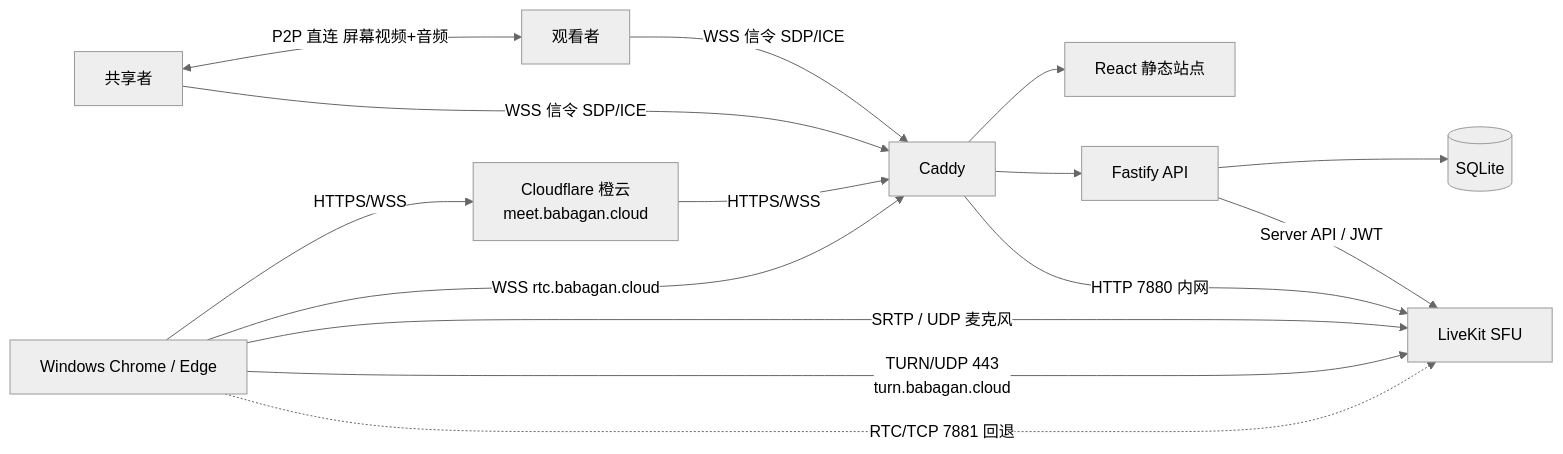
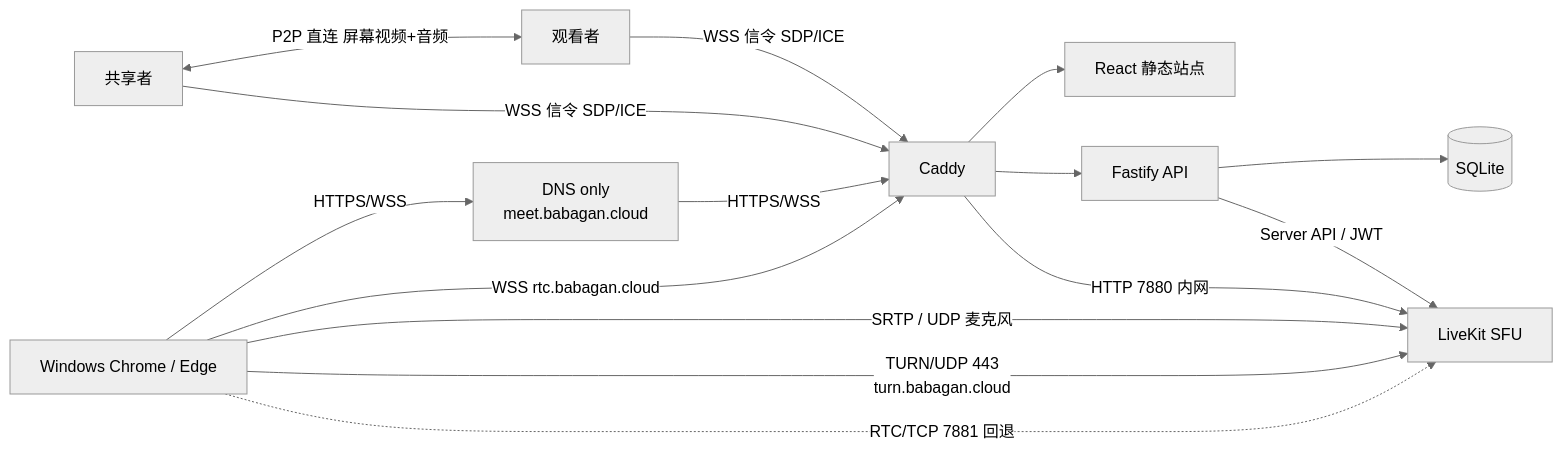
One commit to luorguanghui/babagan-web-meeting changed the first of 2 diagrams in docs/02-technical-architecture.md. Above: the diagram before and after it, drawn with Mermaid (neutral theme). The commit also changed other lines of this file and 36 other files, not shown here.

````diff
--- a/docs/02-technical-architecture.md
+++ b/docs/02-technical-architecture.md
@@ -5,17 +5,17 @@
 ```mermaid
 flowchart LR
-    U[Windows Chrome / Edge] -->|HTTPS/WSS| CF[Cloudflare 橙云\nmeet.babagan.cloud]
+    U[Windows Chrome / Edge] -->|HTTPS/WSS| CF[DNS only\nmeet.babagan.cloud]
     CF -->|HTTPS/WSS| C[Caddy]
     C --> W[React 静态站点]
     C --> A[Fastify API]
     A --> D[(SQLite)]
     A -->|Server API / JWT| L[LiveKit SFU]
     S[共享者] <-->|"P2P 直连 屏幕视频+音频"| V[观看者]
     S -->|WSS 信令 SDP/ICE| C
     V -->|WSS 信令 SDP/ICE| C
     U -->|WSS rtc.babagan.cloud| C
     C -->|HTTP 7880 内网| L
     U -->|SRTP / UDP 麦克风| L
     U -->|TURN/UDP 443\nturn.babagan.cloud| L
     U -.->|RTC/TCP 7881 回退| L
 ```
````
